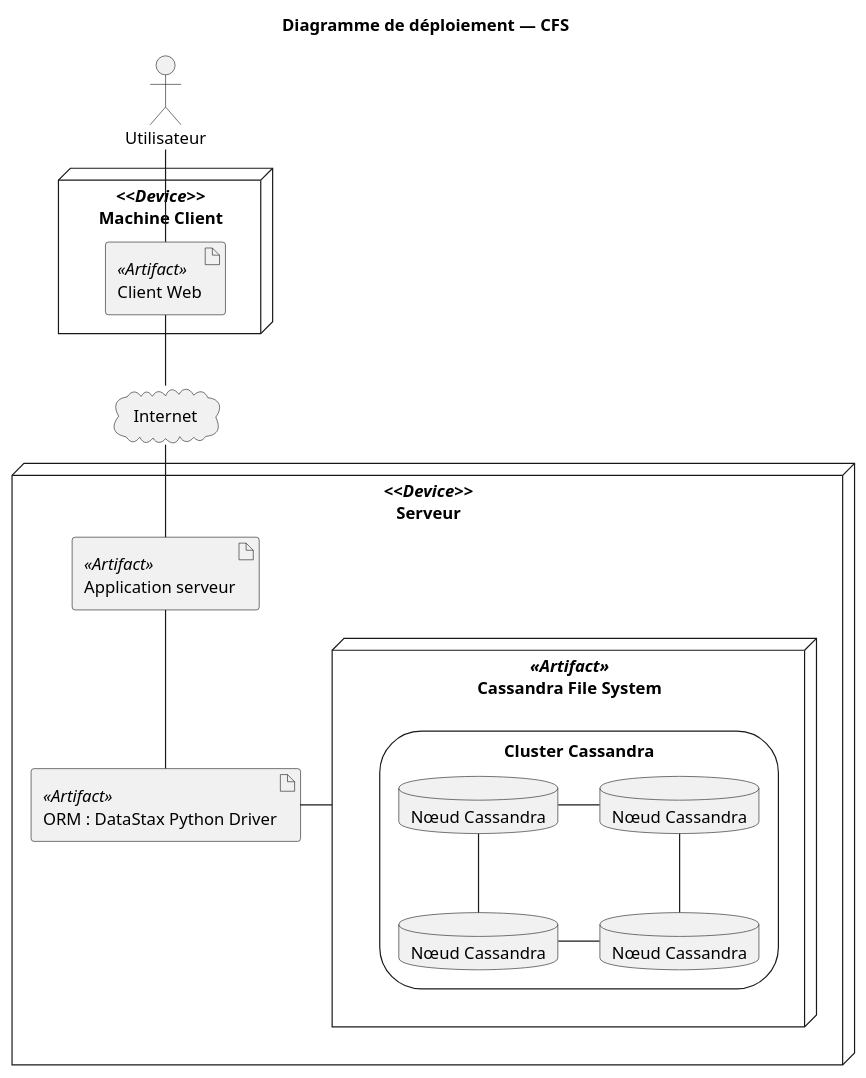
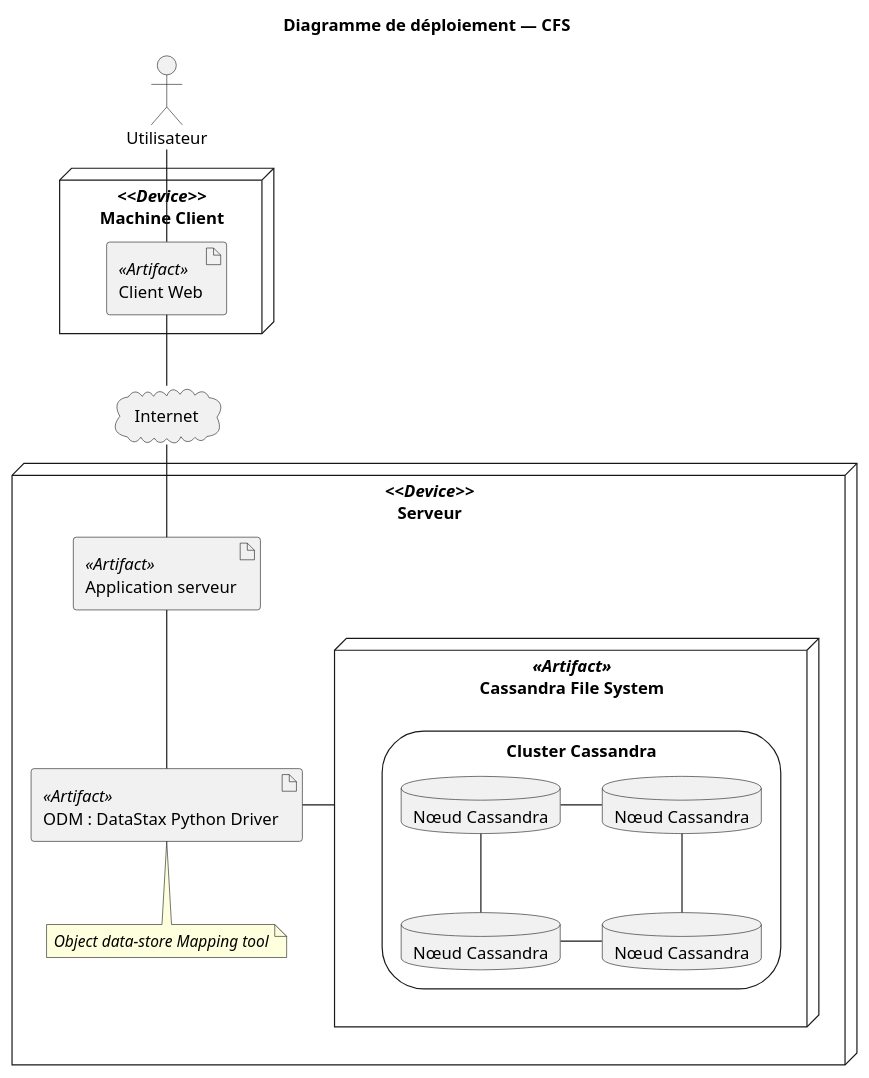
One commit to gdarchen/BigData-CFS changed the diagram in conception/src/deployment_diagram.puml. Above: the diagram before and after it, drawn with PlantUML.

Commit message:
Mise à jour : ORM pour NoSQL s'appelle plutôt ODM
Cf. https://dzone.com/articles/sqlifying-nosql-%E2%80%93-are-orm

```diff
--- a/conception/src/deployment_diagram.puml
+++ b/conception/src/deployment_diagram.puml
@@ -1,36 +1,37 @@
 @startuml
 title Diagramme de déploiement — CFS
 actor Utilisateur as User
 
 
 node "<<<i>Device</i>>>\nMachine Client" as Client {
     artifact "<i><<Artifact>></i>\nClient Web" as progClient
 }
 
 cloud Internet
 
 node "<<<i>Device</i>>>\nServeur" as Serveur {
     artifact "<i><<Artifact>></i>\nApplication serveur" as progServeur
-    artifact "<i><<Artifact>></i>\nORM : DataStax Python Driver" as ORM
+    artifact "<i><<Artifact>></i>\nODM : DataStax Python Driver" as ORM
+    note bottom of ORM : <i>Object data-store Mapping tool</i>
 
     node "<i><<Artifact>></i>\n<b>Cassandra File System</b>" as CFS {
         storage "Cluster Cassandra" as cluster {
             database "Nœud Cassandra" as noeud1
             database "Nœud Cassandra" as noeud2
             database "Nœud Cassandra" as noeud3
             database "Nœud Cassandra" as noeud4
         }
     }
 }
 
 User -- progClient
 progClient -- Internet
 Internet -- progServeur
 progServeur -- ORM
 ORM -right- CFS
 
 noeud1 -down- noeud2
 noeud2 -right- noeud3
 noeud3 -up- noeud4
 noeud4 -left- noeud1
 @enduml
```
